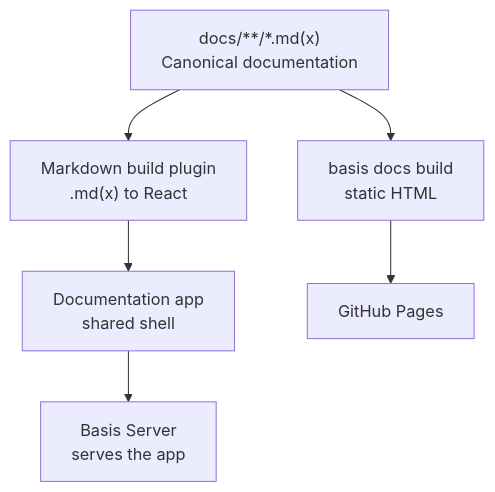
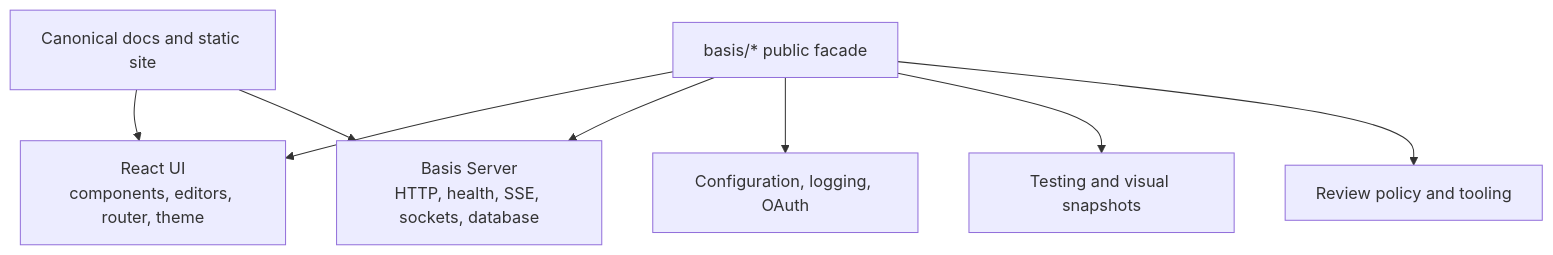
One commit to TroyAlford/basis changed the diagram in docs/architecture.mdx. Above: the diagram before and after it, drawn with Mermaid. The commit also changed other lines of this file and 4 other files, not shown here.

````diff
--- a/docs/architecture.mdx
+++ b/docs/architecture.mdx
@@ -22,14 +13,17 @@
 ```mermaid
 flowchart TD
-    Docs["docs/**/*.md(x)<br/>Canonical documentation"]
-    Plugin["Markdown build plugin<br/>.md(x) to React"]
-    App["Documentation app<br/>shared shell"]
-    Server["Basis Server<br/>serves the app"]
-    Build["basis docs build<br/>static HTML"]
-    Pages["GitHub Pages"]
-    Docs --> Plugin
-    Plugin --> App
-    App --> Server
-    Docs --> Build
-    Build --> Pages
+    Facade["basis/* public facade"]
+    UI["React UI<br/>components, editors, router, theme"]
+    Server["Basis Server<br/>HTTP, health, SSE, sockets, database"]
+    Core["Configuration, logging, OAuth"]
+    Testing["Testing and visual snapshots"]
+    Review["Review policy and tooling"]
+    Docs["Canonical docs and static site"]
+    Facade --> UI
+    Facade --> Server
+    Facade --> Core
+    Facade --> Testing
+    Facade --> Review
+    Docs --> UI
+    Docs --> Server
 ```
````
